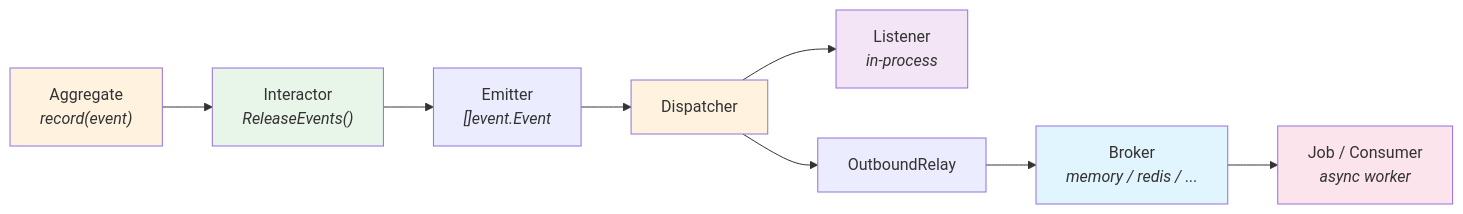
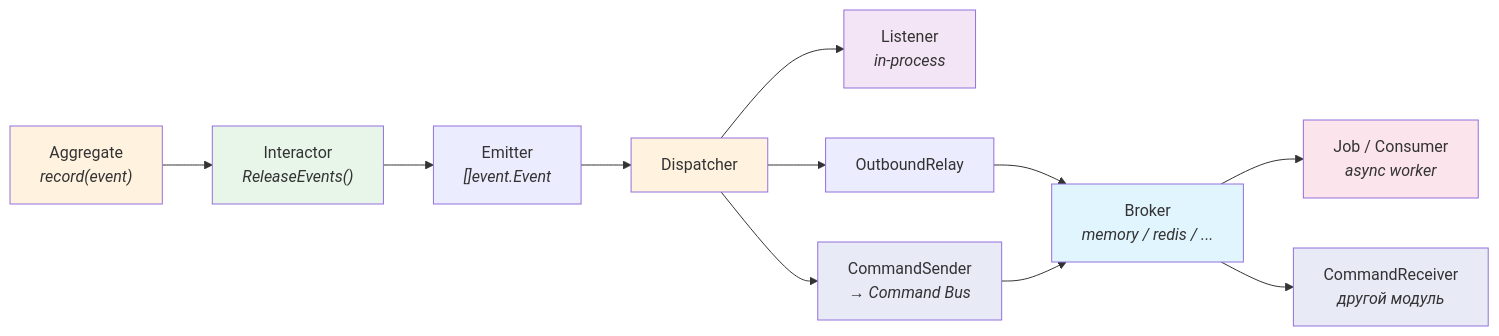
One commit to shuldan/skeleton changed the third of 14 diagrams in README.md. Above: the diagram before and after it, drawn with Mermaid. The commit also changed other lines of this file, not shown here.

````diff
--- a/README.md
+++ b/README.md
@@ -176,18 +204,23 @@
 ```mermaid
 graph LR
     AGG["Aggregate<br/><i>record(event)</i>"] --> INT["Interactor<br/><i>ReleaseEvents()</i>"]
     INT --> EM["Emitter<br/><i>[]event.Event</i>"]
     EM --> DISP["Dispatcher"]
     
     DISP --> L1["Listener<br/><i>in-process</i>"]
     DISP --> RELAY["OutboundRelay"]
+    DISP --> CMDSEND["CommandSender<br/><i>→ Command Bus</i>"]
     RELAY --> BROKER["Broker<br/><i>memory / redis / ...</i>"]
+    CMDSEND --> BROKER
     BROKER --> JOB["Job / Consumer<br/><i>async worker</i>"]
+    BROKER --> CMDRECV["CommandReceiver<br/><i>другой модуль</i>"]
 
     style AGG fill:#fff3e0
     style INT fill:#e8f5e9
     style DISP fill:#fff3e0
     style L1 fill:#f3e5f5
     style BROKER fill:#e1f5fe
     style JOB fill:#fce4ec
+    style CMDSEND fill:#e8eaf6
+    style CMDRECV fill:#e8eaf6
 ```
````
